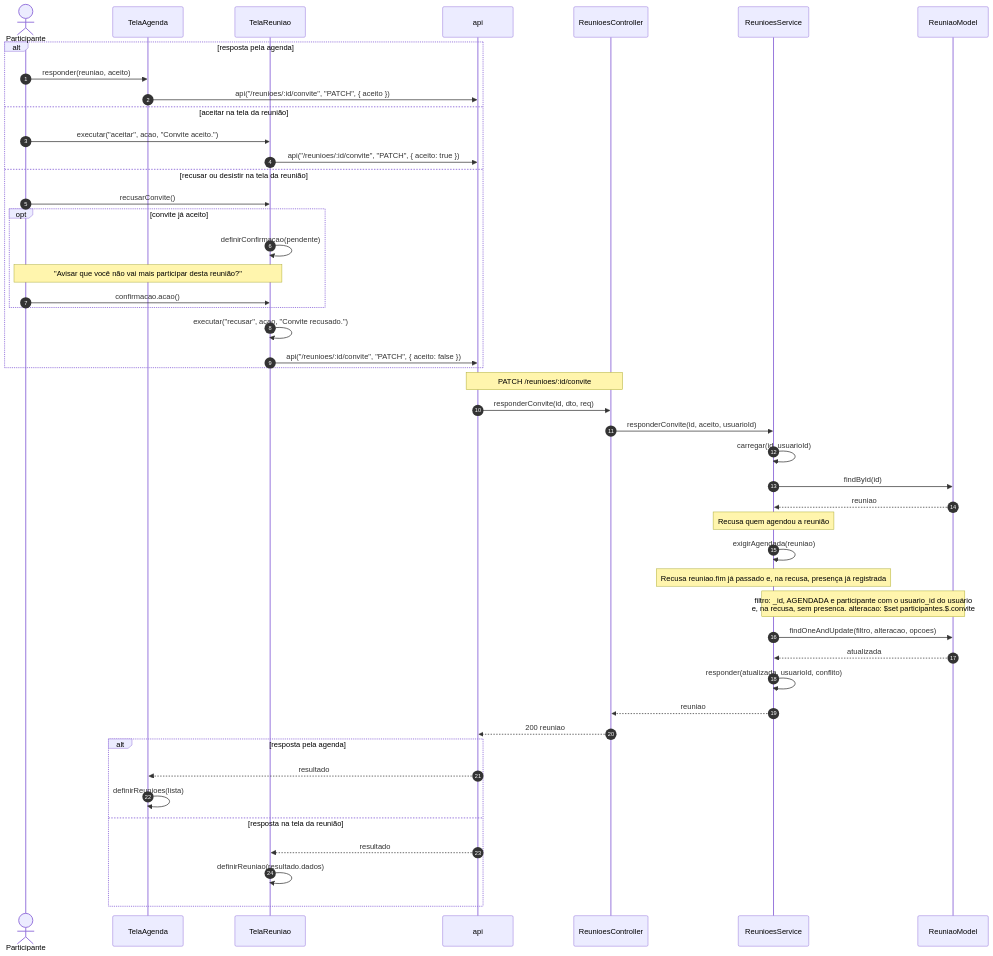
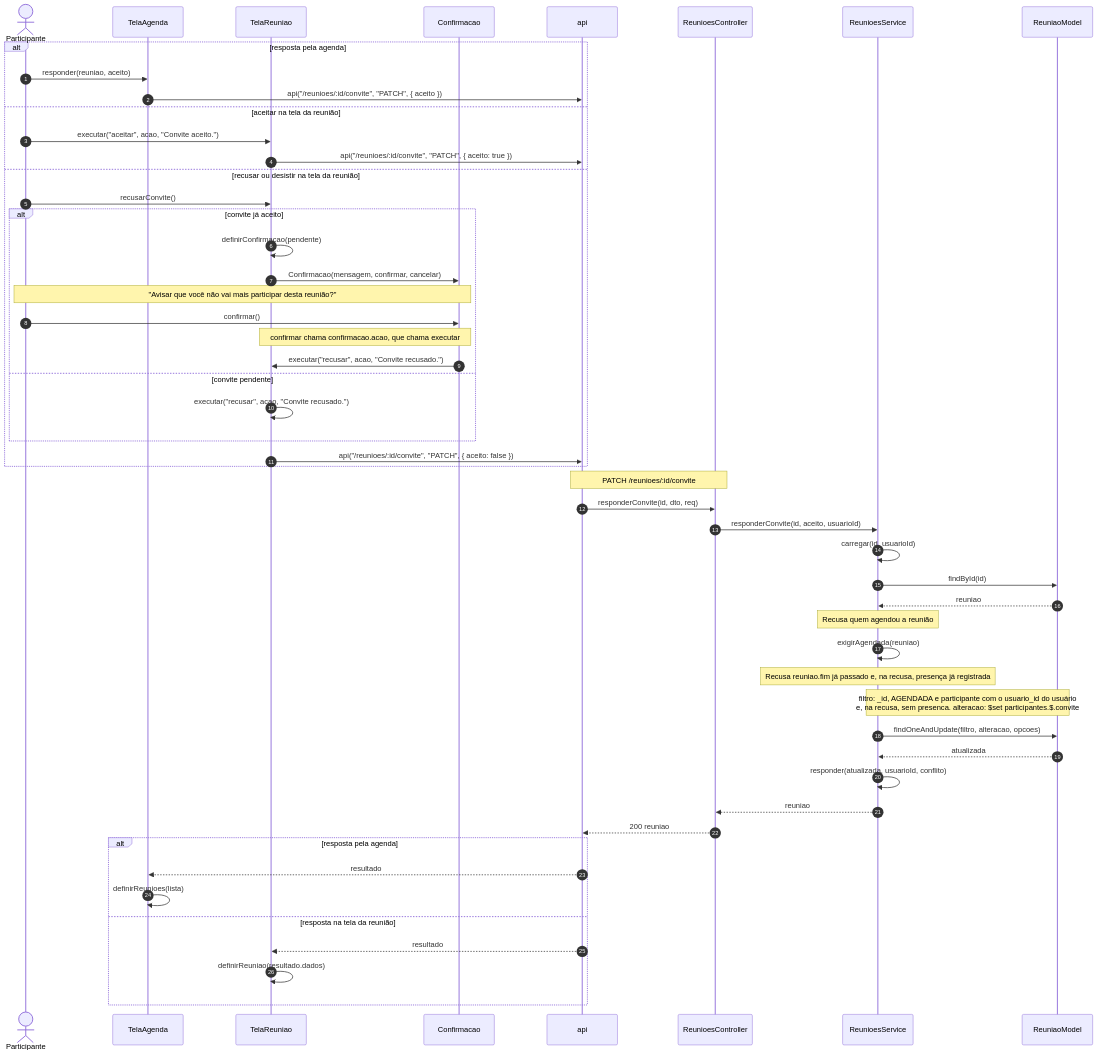
Before and after one commit to Conecta-IFSP/DOCUMENTATION: the fifth of 22 diagrams in 3 - Incremento 2/reunioes/6 - diagramas-sequencia-reunioes.md, drawn with Mermaid. The commit also changed other lines of this file and 97 other files, not shown here.

````diff
--- a/3 - Incremento 2/reunioes/6 - diagramas-sequencia-reunioes.md
+++ b/3 - Incremento 2/reunioes/6 - diagramas-sequencia-reunioes.md
@@ -182,49 +188,54 @@
 ```mermaid
 sequenceDiagram
     autonumber
     actor U as Participante
     participant G as TelaAgenda
     participant T as TelaReuniao
+    participant K as Confirmacao
     participant A as api
     participant C as ReunioesController
     participant S as ReunioesService
     participant M as ReuniaoModel
     alt resposta pela agenda
         U->>G: responder(reuniao, aceito)
         G->>A: api("/reunioes/:id/convite", "PATCH", { aceito })
     else aceitar na tela da reunião
         U->>T: executar("aceitar", acao, "Convite aceito.")
         T->>A: api("/reunioes/:id/convite", "PATCH", { aceito: true })
     else recusar ou desistir na tela da reunião
         U->>T: recusarConvite()
-        opt convite já aceito
+        alt convite já aceito
             T->>T: definirConfirmacao(pendente)
-            Note over U,T: "Avisar que você não vai mais participar desta reunião?"
-            U->>T: confirmacao.acao()
+            T->>K: Confirmacao(mensagem, confirmar, cancelar)
+            Note over U,K: "Avisar que você não vai mais participar desta reunião?"
+            U->>K: confirmar()
+            Note over K,T: confirmar chama confirmacao.acao, que chama executar
+            K->>T: executar("recusar", acao, "Convite recusado.")
+        else convite pendente
+            T->>T: executar("recusar", acao, "Convite recusado.")
         end
-        T->>T: executar("recusar", acao, "Convite recusado.")
         T->>A: api("/reunioes/:id/convite", "PATCH", { aceito: false })
     end
     Note over A,C: PATCH /reunioes/:id/convite
     A->>C: responderConvite(id, dto, req)
     C->>S: responderConvite(id, aceito, usuarioId)
     S->>S: carregar(id, usuarioId)
     S->>M: findById(id)
     M-->>S: reuniao
     Note over S: Recusa quem agendou a reunião
     S->>S: exigirAgendada(reuniao)
     Note over S: Recusa reuniao.fim já passado e, na recusa, presença já registrada
     Note over S,M: filtro: _id, AGENDADA e participante com o usuario_id do usuário<br/>e, na recusa, sem presenca. alteracao: $set participantes.$.convite
     S->>M: findOneAndUpdate(filtro, alteracao, opcoes)
     M-->>S: atualizada
     S->>S: responder(atualizada, usuarioId, conflito)
     S-->>C: reuniao
     C-->>A: 200 reuniao
     alt resposta pela agenda
         A-->>G: resultado
         G->>G: definirReunioes(lista)
     else resposta na tela da reunião
         A-->>T: resultado
         T->>T: definirReuniao(resultado.dados)
     end
 ```
````
